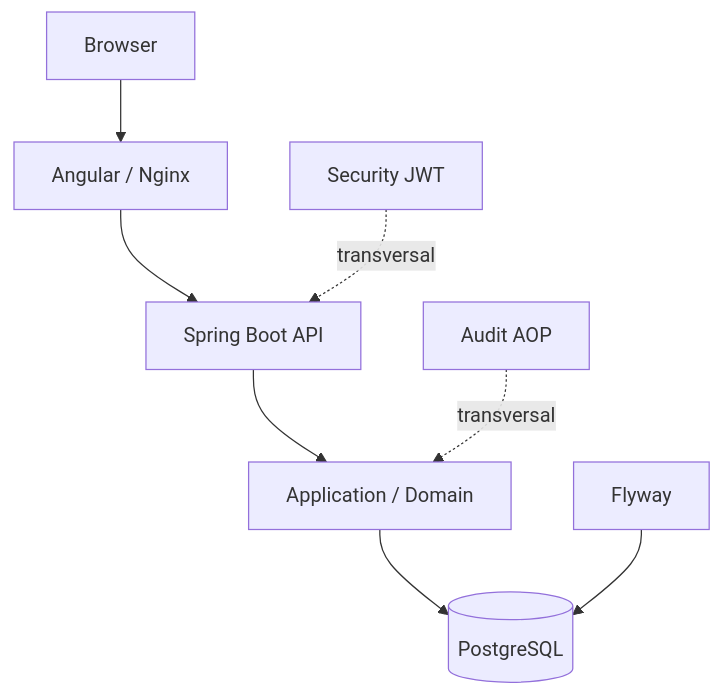
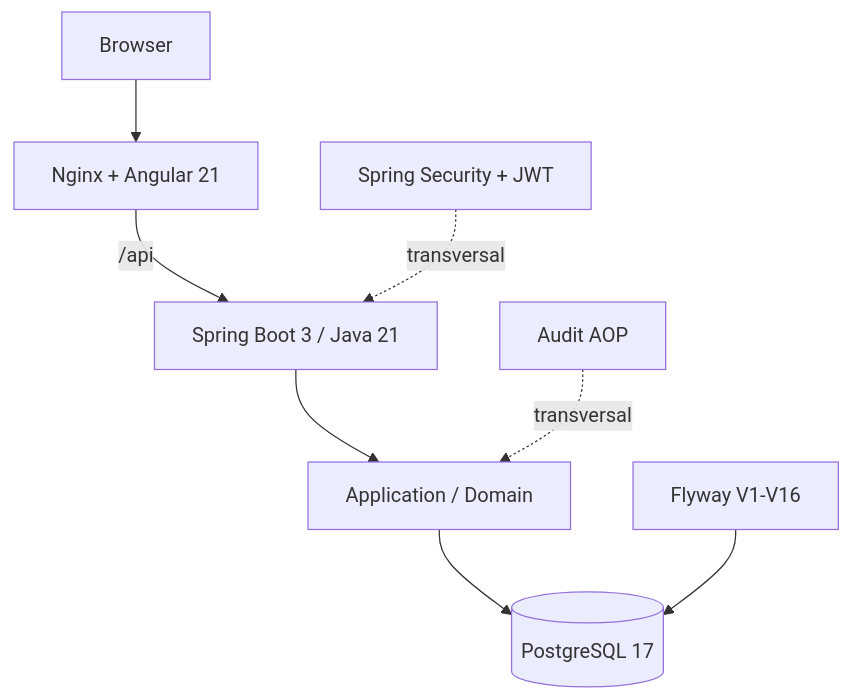
Before and after one commit to CristhianLagunaM/launchforge: the first of 8 diagrams in docs/architecture.md, drawn with Mermaid. The commit also changed other lines of this file and 30 other files, not shown here.

````diff
--- a/docs/architecture.md
+++ b/docs/architecture.md
@@ -5,10 +7,10 @@
 ```mermaid
 flowchart TD
-    B[Browser] --> N[Angular / Nginx]
-    N --> S[Spring Boot API]
+    B[Browser] --> N[Nginx + Angular 21]
+    N -->|/api| S[Spring Boot 3 / Java 21]
     S --> A[Application / Domain]
-    A --> P[(PostgreSQL)]
-    F[Flyway] --> P
-    X[Security JWT] -. transversal .-> S
+    A --> P[(PostgreSQL 17)]
+    F[Flyway V1-V16] --> P
+    X[Spring Security + JWT] -. transversal .-> S
     Y[Audit AOP] -. transversal .-> A
 ```
````
